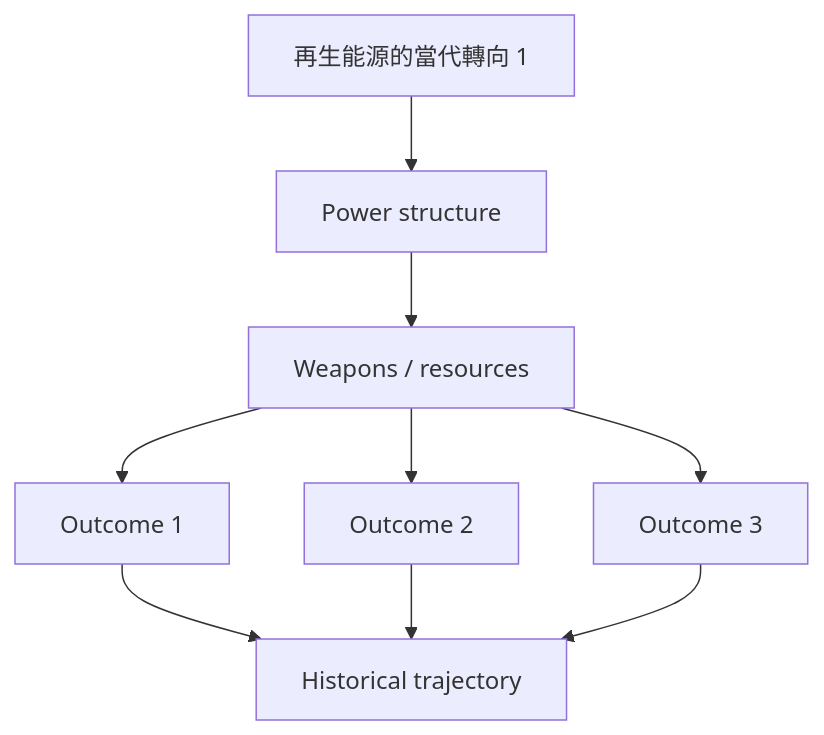
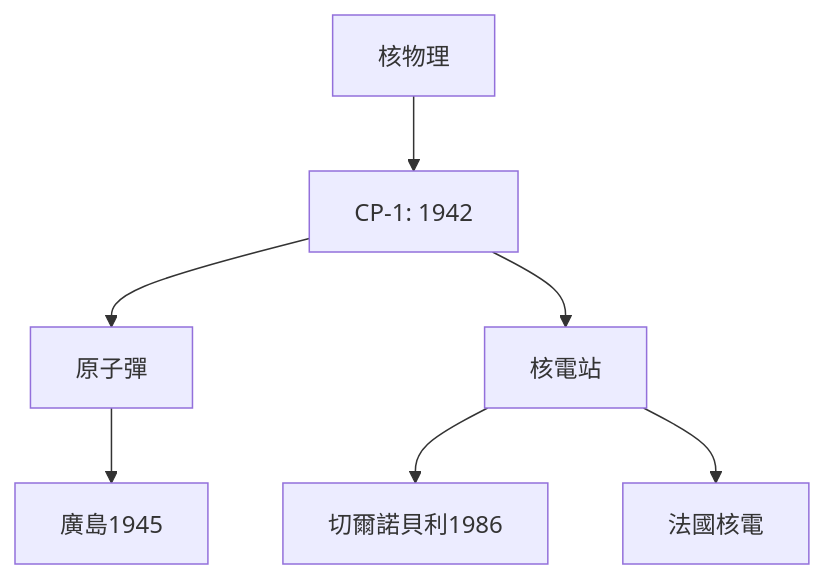
One commit to yip-lgtm/HKU-Harvard-History-Self-Study changed the fourth of 10 diagrams in 02_Harvard_Courses/Fall_Courses/Hist76_History_of_Energy.md. Above: the diagram before and after it, drawn with Mermaid. The commit also changed other lines of this file and 15 other files, not shown here.

````diff
--- a/02_Harvard_Courses/Fall_Courses/Hist76_History_of_Energy.md
+++ b/02_Harvard_Courses/Fall_Courses/Hist76_History_of_Energy.md
@@ -228,11 +167,9 @@
 ```mermaid
 graph TD
-    A[再生能源的當代轉向 1] --> B[Power structure]
-    B --> C[Weapons / resources]
-    C --> D[Outcome 1]
-    C --> E[Outcome 2]
-    C --> F[Outcome 3]
-    D --> G[Historical trajectory]
-    E --> G
-    F --> G
+    A[核物理] --> B[CP-1: 1942]
+    B --> C[原子彈]
+    B --> D[核電站]
+    C --> E[廣島1945]
+    D --> F[切爾諾貝利1986]
+    D --> G[法國核電]
 ```
````
